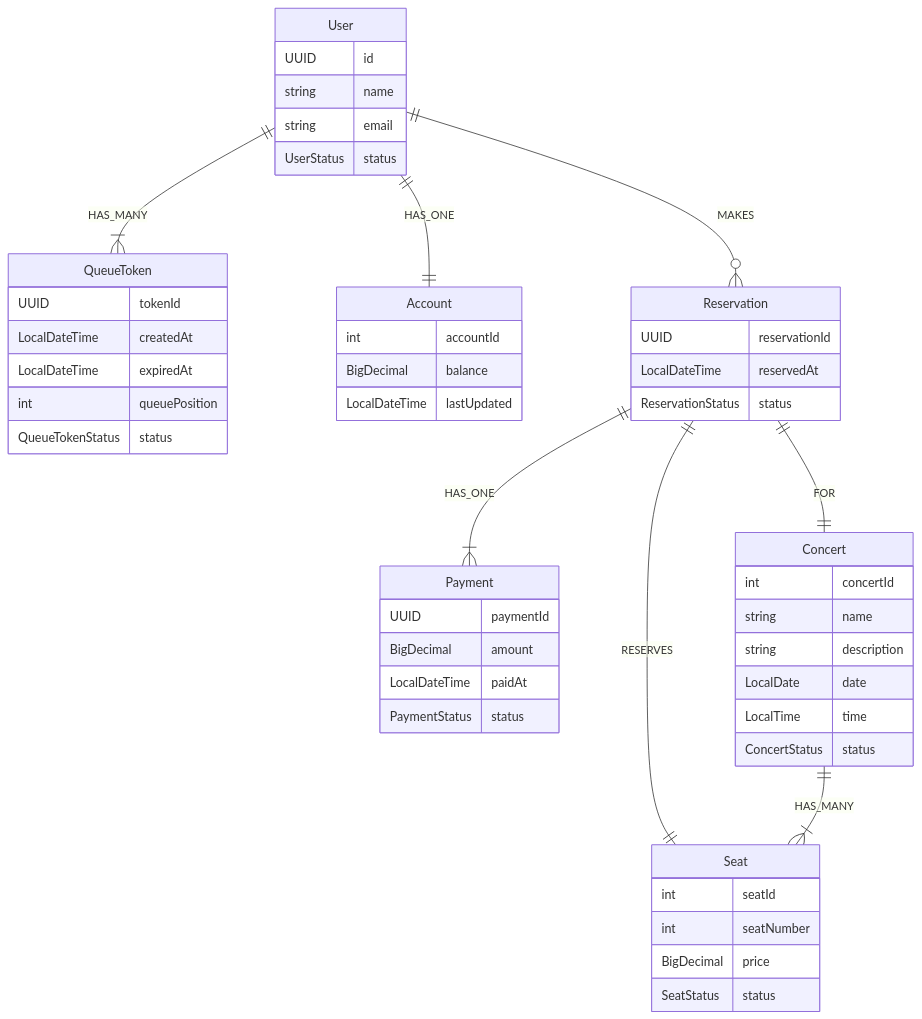
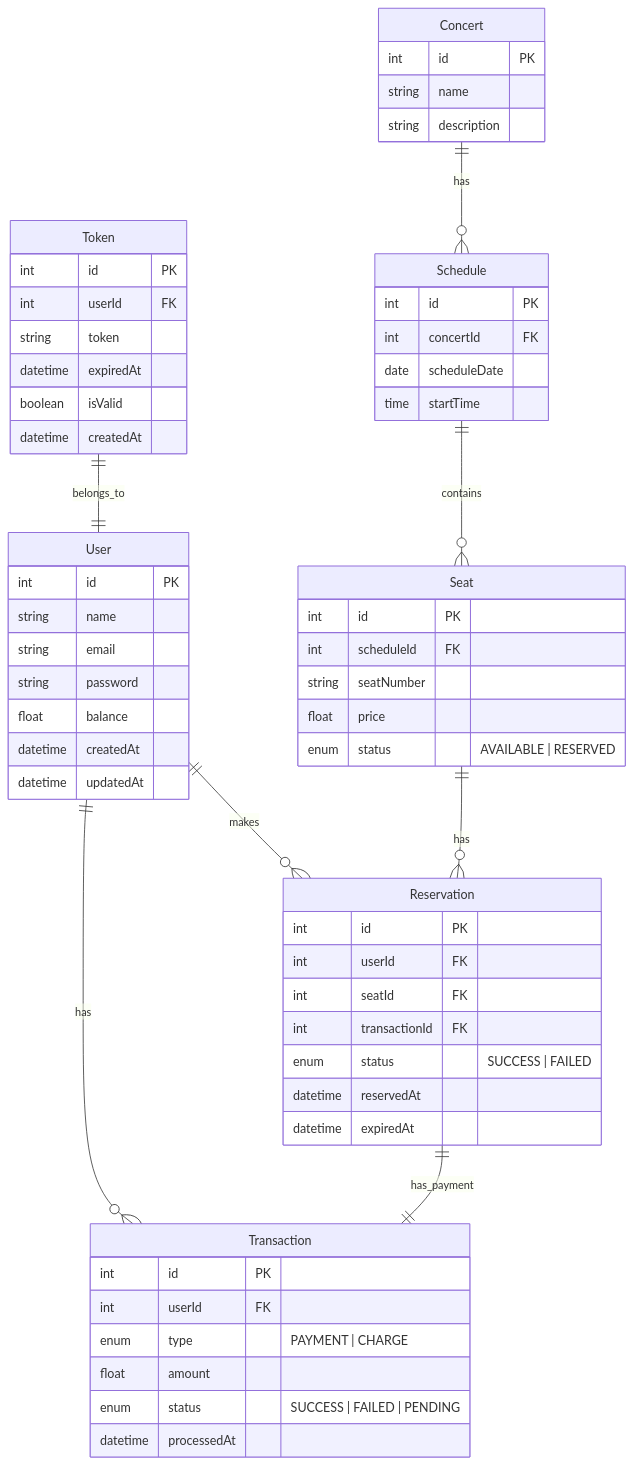
The diagram in docs/ERD.mermaid (dohee789/concert-reservation), drawn with Mermaid before and after one commit. The commit also changed 6 other files, not shown here.

Commit message:
:memo: 클래스,시퀀스 다이어그램과 ERD 수정

```diff
--- a/docs/ERD.mermaid
+++ b/docs/ERD.mermaid
@@ -1,58 +1,66 @@
 erDiagram
-    User ||--|{ QueueToken : "HAS_MANY"
-    User ||--|| Account : "HAS_ONE"
-    User ||--o{ Reservation : "MAKES"
-    Reservation ||--|{ Payment : "HAS_ONE"
-    Reservation ||--|| Concert : "FOR"
-    Reservation ||--|| Seat : "RESERVES"
-    Concert ||--|{ Seat : "HAS_MANY"
-
+    User ||--o{ Reservation : makes
+    User ||--o{ Transaction : has
     User {
-        UUID id
+        int id PK
         string name
         string email
-        UserStatus status
+        string password
+        float balance
+        datetime createdAt
+        datetime updatedAt
     }
 
-    QueueToken {
-        UUID tokenId
-        LocalDateTime createdAt
-        LocalDateTime expiredAt
-        int queuePosition
-        QueueTokenStatus status
+    Token ||--|| User : belongs_to
+    Token {
+        int id PK
+        int userId FK
+        string token
+        datetime expiredAt
+        boolean isValid
+        datetime createdAt
     }
 
-    Account {
-        int accountId
-        BigDecimal balance
-        LocalDateTime lastUpdated
+    Concert ||--o{ Schedule : has
+    Concert {
+        int id PK
+        string name
+        string description
     }
 
-    Concert {
-        int concertId
-        string name
-        string description
-        LocalDate date
-        LocalTime time
-        ConcertStatus status
+    Schedule ||--o{ Seat : contains
+    Schedule {
+        int id PK
+        int concertId FK
+        date scheduleDate
+        time startTime
     }
 
+    Seat ||--o{ Reservation : has
     Seat {
-        int seatId
-        int seatNumber
-        BigDecimal price
-        SeatStatus status
+        int id PK
+        int scheduleId FK
+        string seatNumber
+        float price
+        enum status "AVAILABLE | RESERVED"
     }
 
+    Reservation ||--|| Transaction : has_payment
     Reservation {
-        UUID reservationId
-        LocalDateTime reservedAt
-        ReservationStatus status
+        int id PK
+        int userId FK
+        int seatId FK
+        int transactionId FK
+        enum status "SUCCESS | FAILED"
+        datetime reservedAt
+        datetime expiredAt
     }
 
-    Payment {
-        UUID paymentId
-        BigDecimal amount
-        LocalDateTime paidAt
-        PaymentStatus status
+    Transaction {
+        int id PK
+        int userId FK
+        enum type "PAYMENT | CHARGE"
+        float amount
+        enum status "SUCCESS | FAILED | PENDING"
+        datetime processedAt
     }
```
